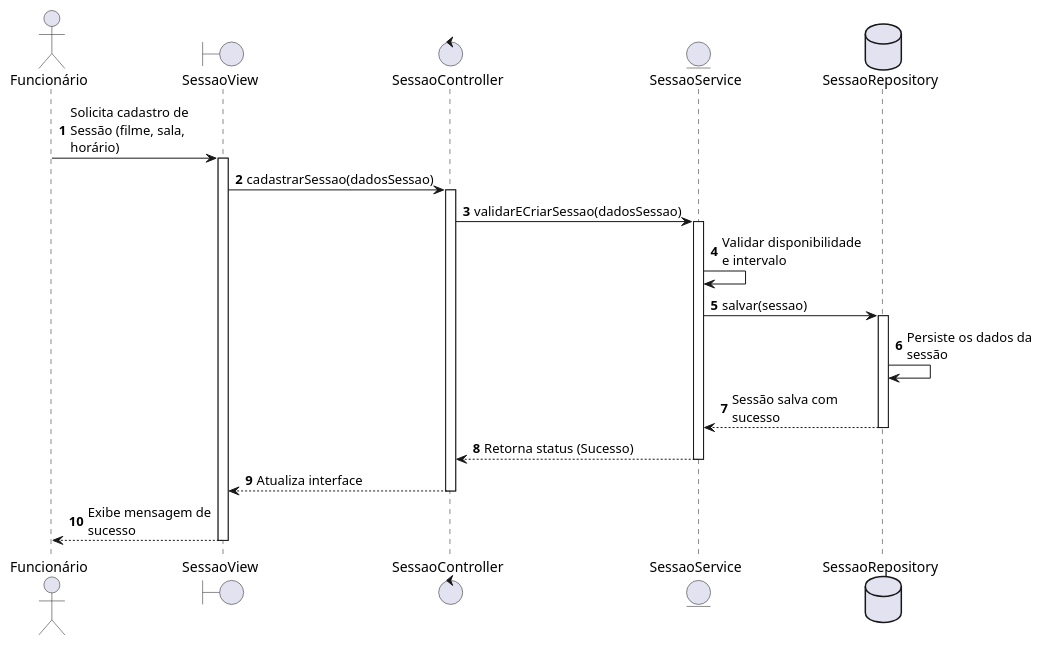
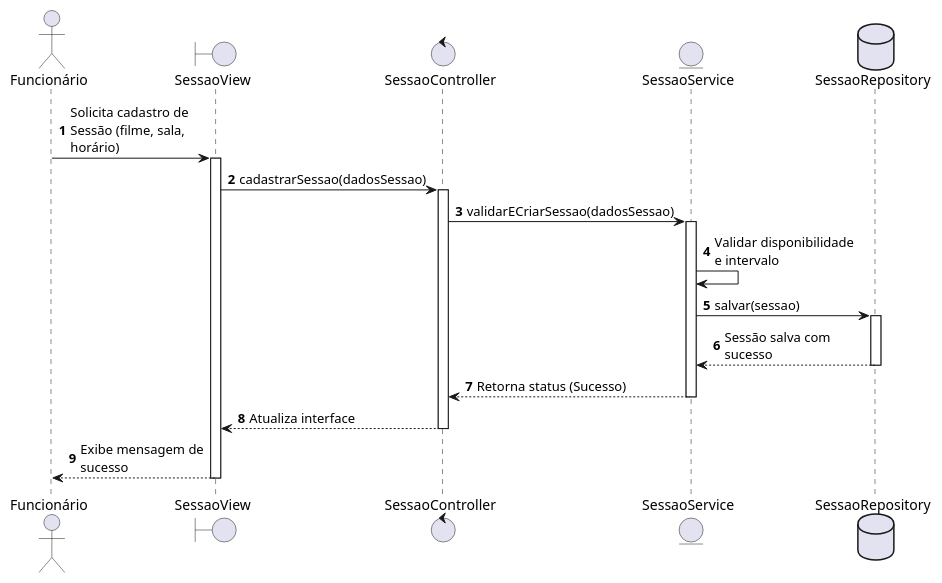
One commit to sisaque2/atv0606 changed the diagram in docs/Parte_5/diagrama_sequencia.md. Above: the diagram before and after it, drawn with PlantUML.

Commit message:
Update sequence diagram in diagrama_sequencia.md

```diff
--- a/docs/Parte_5/diagrama_sequencia.md
+++ b/docs/Parte_5/diagrama_sequencia.md
@@ -1,38 +1,36 @@
 @startuml
 autonumber
 skinparam maxMessageSize 150
 
 actor "Funcionário" as Funcionario
 boundary "SessaoView" as View
 control "SessaoController" as Controller
 entity "SessaoService" as Service
 database "SessaoRepository" as Repository
 
 Funcionario -> View : Solicita cadastro de Sessão (filme, sala, horário)
 activate View
 
 View -> Controller : cadastrarSessao(dadosSessao)
 activate Controller
 
 Controller -> Service : validarECriarSessao(dadosSessao)
 activate Service
 
 Service -> Service : Validar disponibilidade e intervalo
 
 Service -> Repository : salvar(sessao)
 activate Repository
 
-Repository -> Repository : Persiste os dados da sessão
-
 Repository --> Service : Sessão salva com sucesso
 deactivate Repository
 
 Service --> Controller : Retorna status (Sucesso)
 deactivate Service
 
 Controller --> View : Atualiza interface
 deactivate Controller
 
 View --> Funcionario : Exibe mensagem de sucesso
 deactivate View
 @enduml
```
